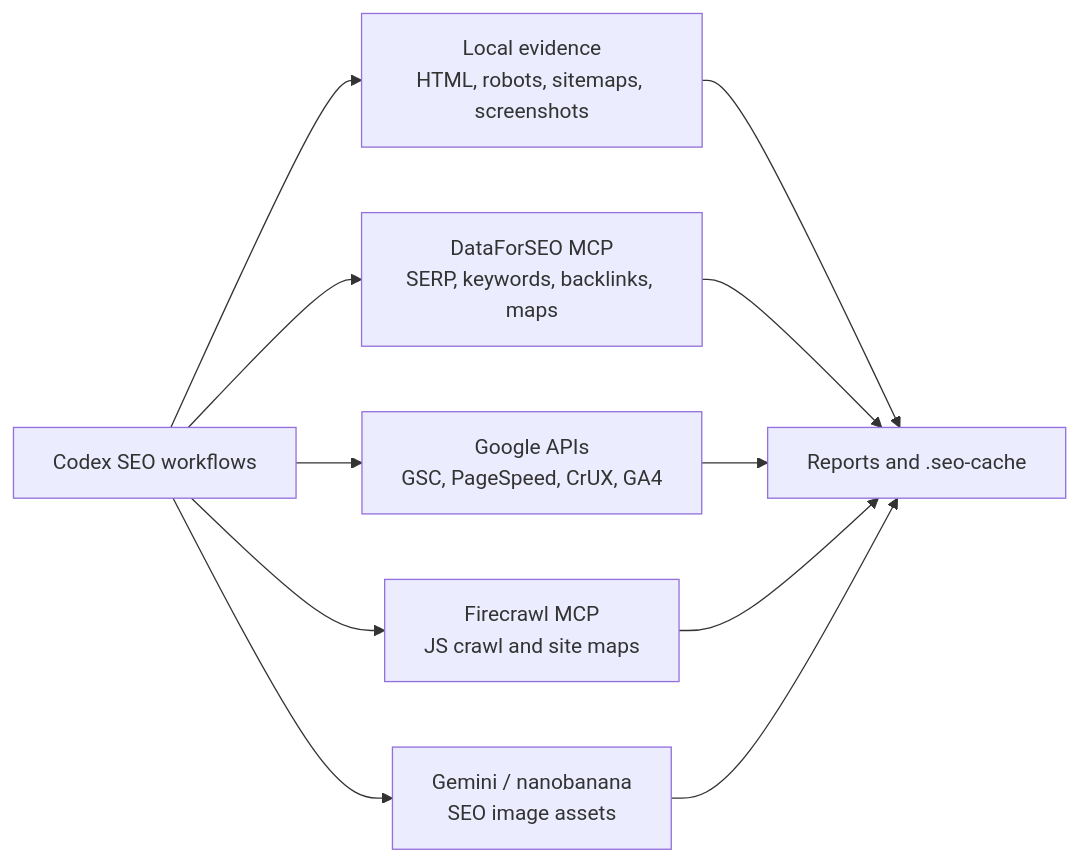
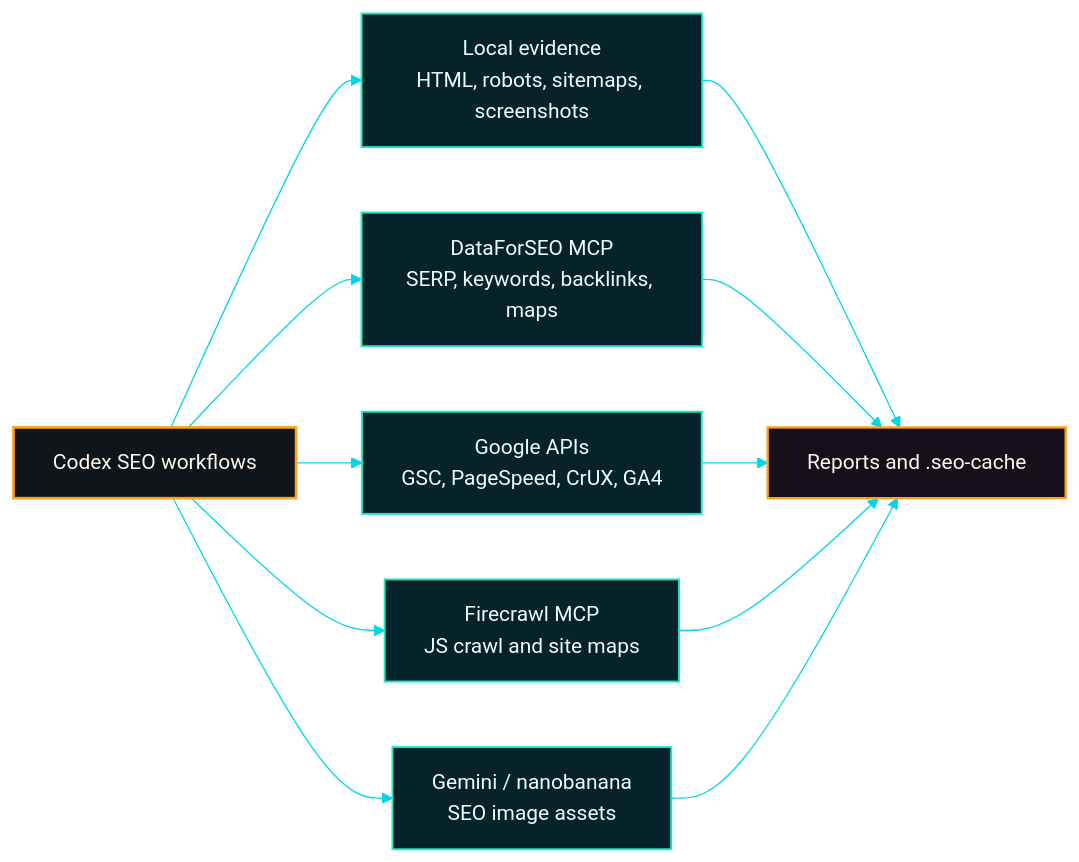
The fourth of 6 diagrams in README.md (AgriciDaniel/codex-seo), drawn with Mermaid before and after one commit. The commit also changed other lines of this file, not shown here.

Commit message:
Style README diagrams with cover palette

````diff
--- a/README.md
+++ b/README.md
@@ -283,13 +300,21 @@
 ```mermaid
+%%{init: {"theme":"base","themeVariables":{"background":"#05080d","primaryColor":"#07131c","primaryTextColor":"#f5fbff","primaryBorderColor":"#00d7e6","lineColor":"#00d7e6","secondaryColor":"#06222a","tertiaryColor":"#ff9f1c","edgeLabelBackground":"#05080d","fontFamily":"Inter, ui-sans-serif, system-ui, sans-serif"}}}%%
 flowchart LR
   codex["Codex SEO workflows"] --> local["Local evidence<br/>HTML, robots, sitemaps, screenshots"]
   codex --> dfs["DataForSEO MCP<br/>SERP, keywords, backlinks, maps"]
   codex --> google["Google APIs<br/>GSC, PageSpeed, CrUX, GA4"]
   codex --> firecrawl["Firecrawl MCP<br/>JS crawl and site maps"]
   codex --> banana["Gemini / nanobanana<br/>SEO image assets"]
   local --> artifacts["Reports and .seo-cache"]
   dfs --> artifacts
   google --> artifacts
   firecrawl --> artifacts
   banana --> artifacts
+  class codex accent
+  class local,dfs,google,firecrawl,banana data
+  class artifacts output
+  classDef default fill:#07131c,stroke:#00d7e6,color:#f5fbff,stroke-width:1.4px
+  classDef accent fill:#10151a,stroke:#ff9f1c,color:#fff7ed,stroke-width:2px
+  classDef data fill:#06222a,stroke:#21e6c1,color:#ecfeff,stroke-width:1.5px
+  classDef output fill:#15101a,stroke:#ff9f1c,color:#fff7ed,stroke-width:1.8px
 ```
````
